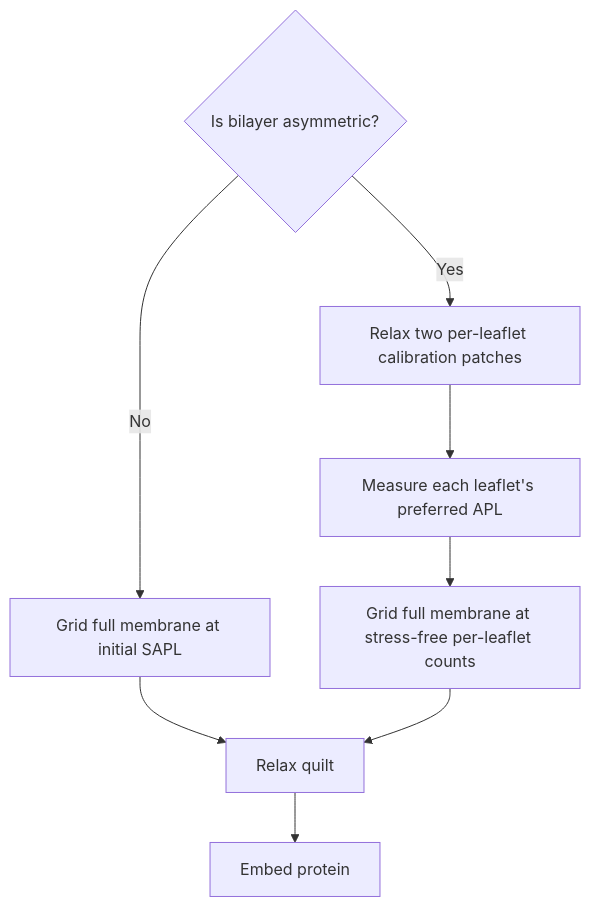
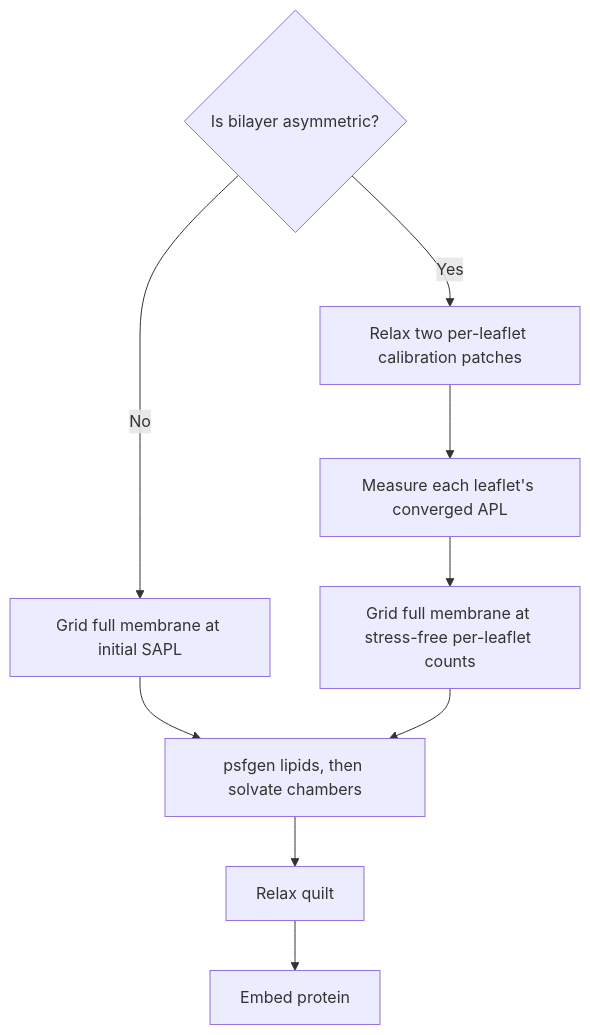
One commit to cameronabrams/pestifer changed the diagram in docs/source/subs/buildtasks/make_membrane_system.rst. Above: the diagram before and after it, drawn with Mermaid. The commit also changed other lines of this file and 4 other files, not shown here.

```diff
--- a/docs/source/subs/buildtasks/make_membrane_system.rst
+++ b/docs/source/subs/buildtasks/make_membrane_system.rst
@@ -194,12 +268,13 @@
 .. mermaid::
   :caption: Membrane build flow.
 
   graph TD;
     A{Is bilayer asymmetric?};
     A -- No --> B[Grid full membrane at initial SAPL];
     A -- Yes --> C[Relax two per-leaflet calibration patches];
-    C --> D[Measure each leaflet's preferred APL];
+    C --> D[Measure each leaflet's converged APL];
     D --> E[Grid full membrane at stress-free per-leaflet counts];
-    B --> F[Relax quilt];
-    E --> F;
+    B --> S[psfgen lipids, then solvate chambers];
+    E --> S;
+    S --> F[Relax quilt];
     F --> G[Embed protein];
```
